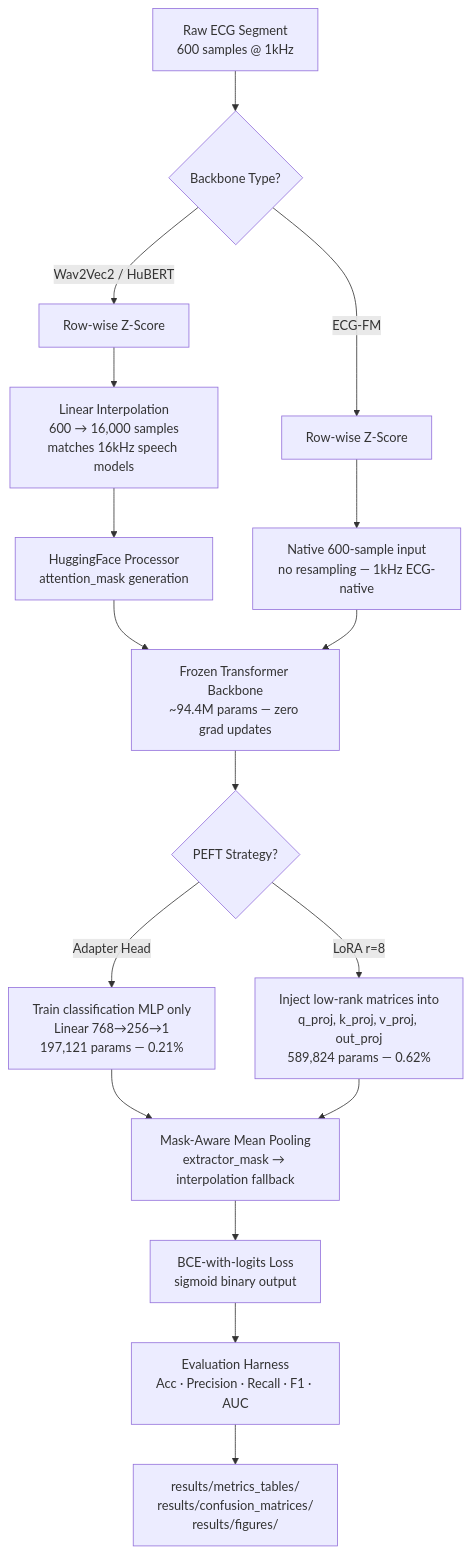
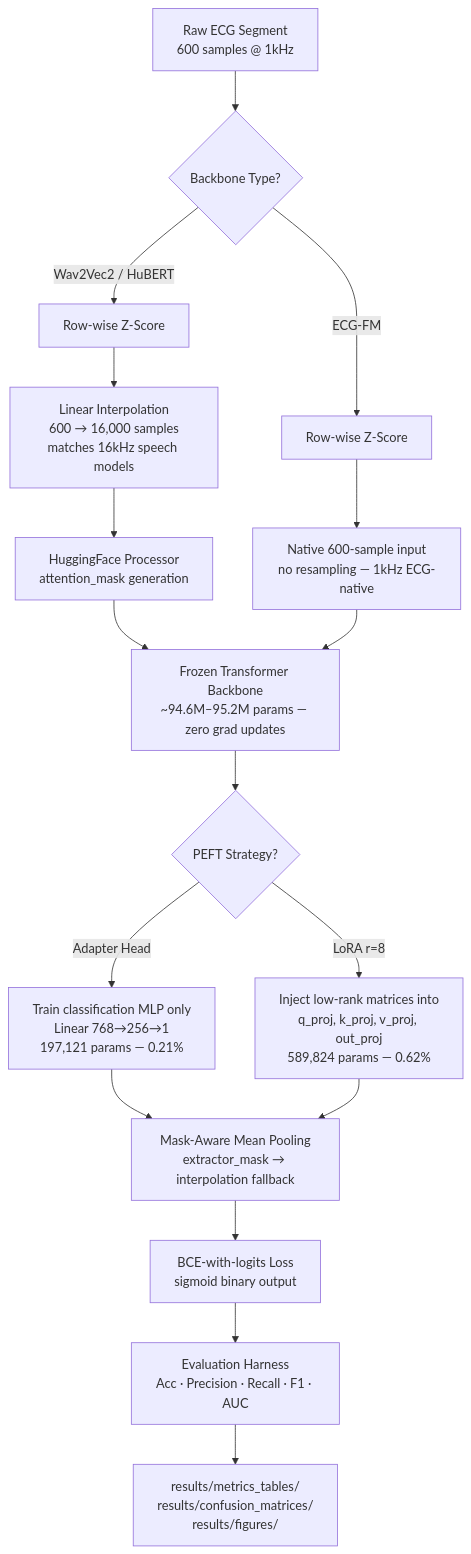
Before and after one commit to krishnakoushik225/ecg-peft-benchmark: the diagram in README.md, drawn with Mermaid. The commit also changed other lines of this file and 1 other file, not shown here.

````diff
--- a/README.md
+++ b/README.md
@@ -34,28 +34,28 @@
 ```mermaid
 graph TD
     A[Raw ECG Segment<br/>600 samples @ 1kHz] --> B{Backbone Type?}
 
     B -->|Wav2Vec2 / HuBERT| C[Row-wise Z-Score]
     B -->|ECG-FM| G[Row-wise Z-Score]
 
     C --> D[Linear Interpolation<br/>600 → 16,000 samples<br/>matches 16kHz speech models]
     D --> E[HuggingFace Processor<br/>attention_mask generation]
 
     G --> H[Native 600-sample input<br/>no resampling — 1kHz ECG-native]
 
-    E --> F[Frozen Transformer Backbone<br/>~94.4M params — zero grad updates]
+    E --> F[Frozen Transformer Backbone<br/>~94.6M–95.2M params — zero grad updates]
     H --> F
 
     F --> I{PEFT Strategy?}
 
     I -->|Adapter Head| J[Train classification MLP only<br/>Linear 768→256→1<br/>197,121 params — 0.21%]
     I -->|LoRA r=8| K[Inject low-rank matrices into<br/>q_proj, k_proj, v_proj, out_proj<br/>589,824 params — 0.62%]
 
     J --> L[Mask-Aware Mean Pooling<br/>extractor_mask → interpolation fallback]
     K --> L
 
     L --> M[BCE-with-logits Loss<br/>sigmoid binary output]
 
     M --> N[Evaluation Harness<br/>Acc · Precision · Recall · F1 · AUC]
     N --> O[results/metrics_tables/<br/>results/confusion_matrices/<br/>results/figures/]
 ```
````
